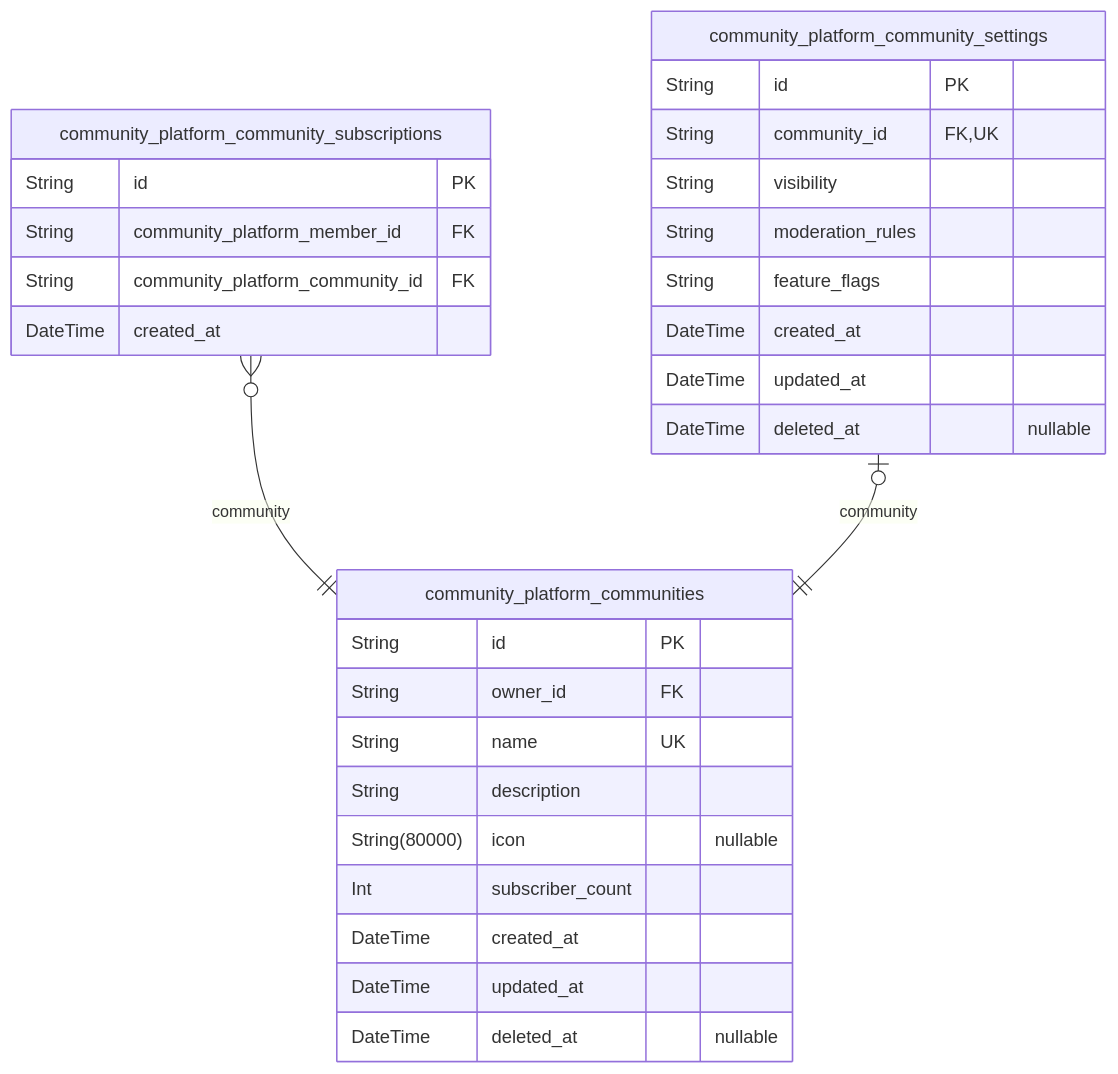
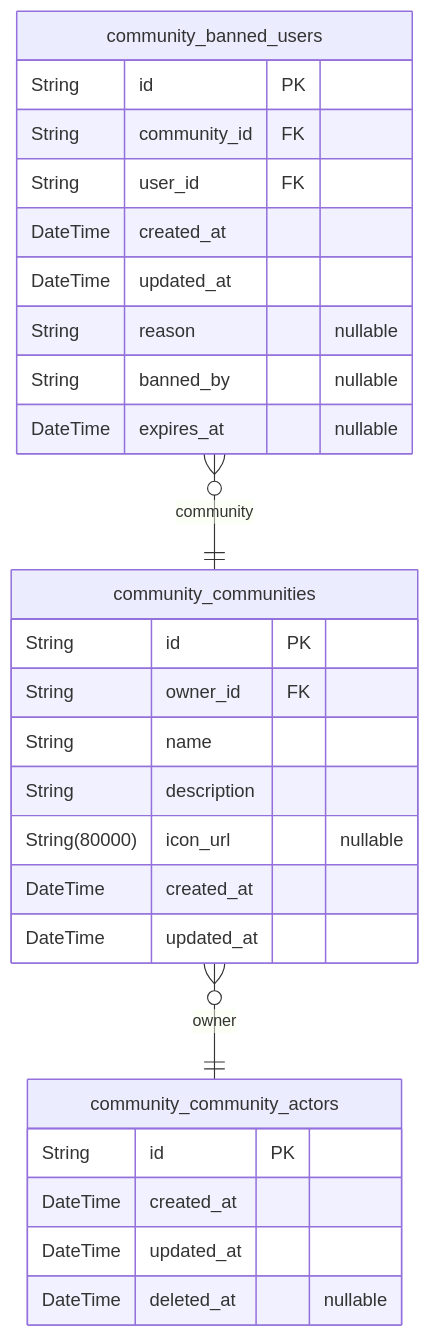
One commit to wrtnlabs/autobe-examples changed the third of 10 diagrams in qwen/qwen3-next-80b-a3b-instruct/reddit/docs/ERD.md. Above: the diagram before and after it, drawn with Mermaid. The commit also changed other lines of this file and 11104 other files, not shown here.

````diff
--- a/qwen/qwen3-next-80b-a3b-instruct/reddit/docs/ERD.md
+++ b/qwen/qwen3-next-80b-a3b-instruct/reddit/docs/ERD.md
@@ -721,32 +1096,30 @@
 ```mermaid
 erDiagram
-"community_platform_communities" {
+"community_communities" {
   String id PK
   String owner_id FK
-  String name UK
+  String name
   String description
-  String(80000) icon "nullable"
-  Int subscriber_count
+  String(80000) icon_url "nullable"
+  DateTime created_at
+  DateTime updated_at
+}
+"community_banned_users" {
+  String id PK
+  String community_id FK
+  String user_id FK
+  DateTime created_at
+  DateTime updated_at
+  String reason "nullable"
+  String banned_by "nullable"
+  DateTime expires_at "nullable"
+}
+"community_community_actors" {
+  String id PK
   DateTime created_at
   DateTime updated_at
   DateTime deleted_at "nullable"
 }
-"community_platform_community_subscriptions" {
-  String id PK
-  String community_platform_member_id FK
-  String community_platform_community_id FK
-  DateTime created_at
-}
-"community_platform_community_settings" {
-  String id PK
-  String community_id FK,UK
-  String visibility
-  String moderation_rules
-  String feature_flags
-  DateTime created_at
-  DateTime updated_at
-  DateTime deleted_at "nullable"
-}
-"community_platform_community_subscriptions" }o--|| "community_platform_communities" : community
-"community_platform_community_settings" |o--|| "community_platform_communities" : community
+"community_communities" }o--|| "community_community_actors" : owner
+"community_banned_users" }o--|| "community_communities" : community
 ```
````
